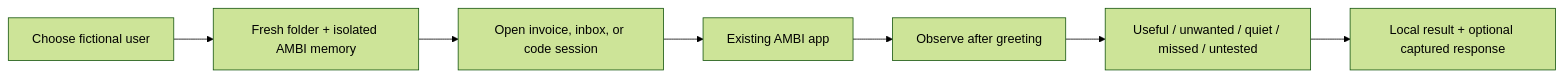
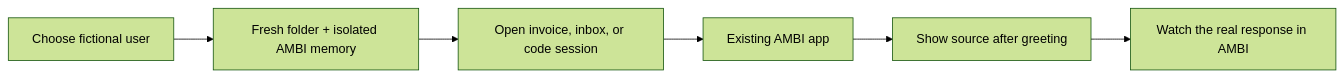
One commit to jenniferumoke/ambi-openai-hackathon changed the diagram in docs/ambi-bench-architecture.md. Above: the diagram before and after it, drawn with Mermaid (forest theme). The commit also changed other lines of this file and 5 other files, not shown here.

````diff
--- a/docs/ambi-bench-architecture.md
+++ b/docs/ambi-bench-architecture.md
@@ -5,9 +5,8 @@
 ```mermaid
 flowchart LR
     Profile[Choose fictional user] --> Load[Fresh folder + isolated AMBI memory]
     Load --> Sources[Open invoice, inbox, or code session]
     Sources --> App[Existing AMBI app]
-    App --> Observe[Observe after greeting]
-    Observe --> Review[Useful / unwanted / quiet / missed / untested]
-    Review --> Result[Local result + optional captured response]
+    App --> Observe[Show source after greeting]
+    Observe --> Response[Watch the real response in AMBI]
 ```
````
